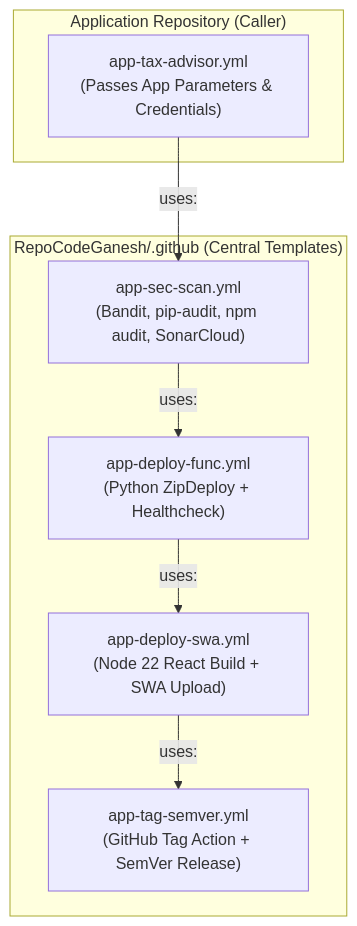
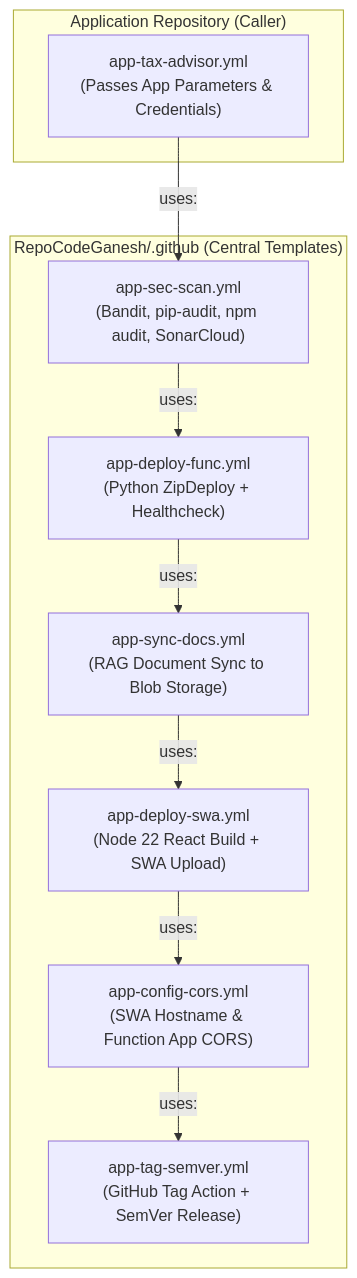
Before and after one commit to RepoCodeGanesh/terraform-azure-iac: the diagram in docs/REUSABLE_APP_WORKFLOW_GUIDE.md, drawn with Mermaid. The commit also changed other lines of this file and 6 other files, not shown here.

````diff
--- a/docs/REUSABLE_APP_WORKFLOW_GUIDE.md
+++ b/docs/REUSABLE_APP_WORKFLOW_GUIDE.md
@@ -13,18 +13,22 @@
 ```mermaid
 flowchart TD
     subgraph AppRepo["Application Repository (Caller)"]
         Caller["app-tax-advisor.yml<br/>(Passes App Parameters & Credentials)"]
     end
 
     subgraph CentralRepo["RepoCodeGanesh/.github (Central Templates)"]
         T1["app-sec-scan.yml<br/>(Bandit, pip-audit, npm audit, SonarCloud)"]
         T2["app-deploy-func.yml<br/>(Python ZipDeploy + Healthcheck)"]
-        T3["app-deploy-swa.yml<br/>(Node 22 React Build + SWA Upload)"]
-        T4["app-tag-semver.yml<br/>(GitHub Tag Action + SemVer Release)"]
+        T3["app-sync-docs.yml<br/>(RAG Document Sync to Blob Storage)"]
+        T4["app-deploy-swa.yml<br/>(Node 22 React Build + SWA Upload)"]
+        T5["app-config-cors.yml<br/>(SWA Hostname & Function App CORS)"]
+        T6["app-tag-semver.yml<br/>(GitHub Tag Action + SemVer Release)"]
     end
 
     Caller -->|uses:| T1
     T1 -->|uses:| T2
     T2 -->|uses:| T3
     T3 -->|uses:| T4
+    T4 -->|uses:| T5
+    T5 -->|uses:| T6
 ```
````
